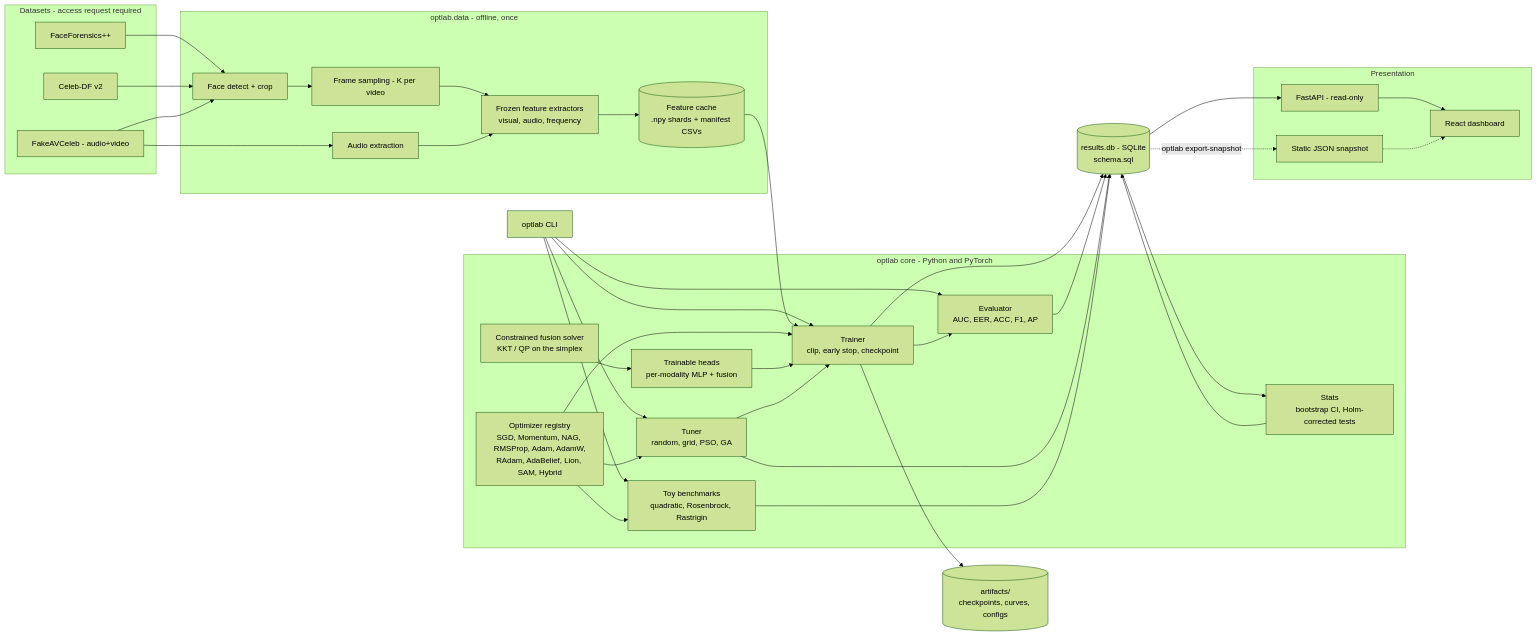
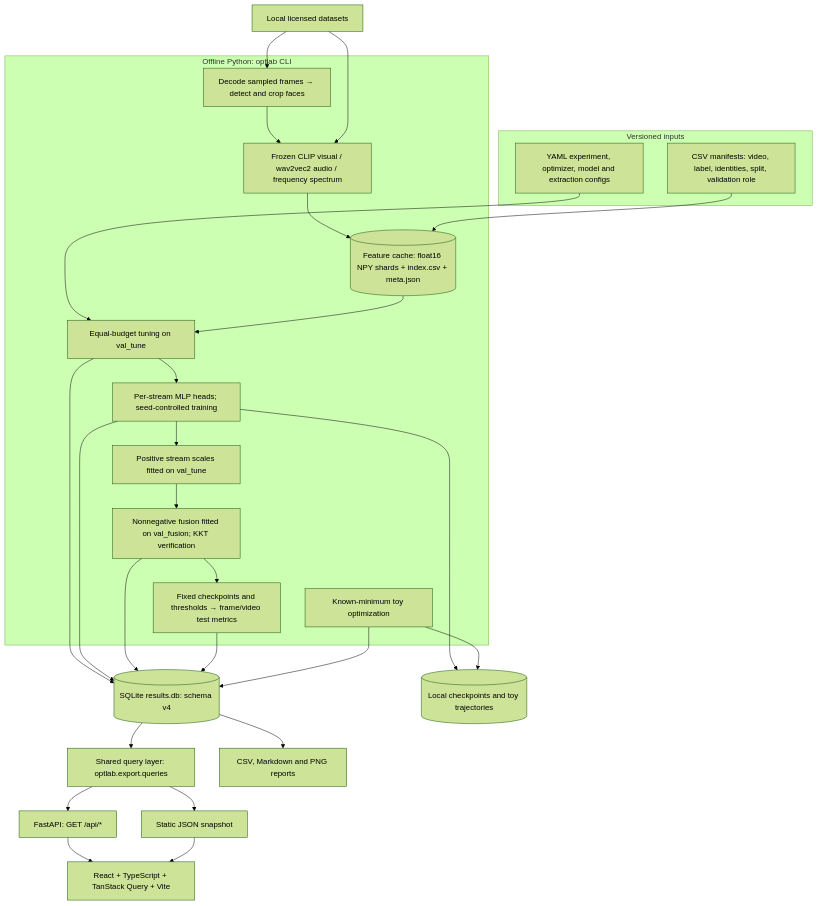
Before and after one commit to Aahan0605/cmai-project-: the first of 3 diagrams in docs/ARCHITECTURE.md, drawn with Mermaid (forest theme). The commit also changed other lines of this file and 790 other files, not shown here.

Commit message:
Improve backend reliability, complete dashboard, and document architecture

````diff
--- a/docs/ARCHITECTURE.md
+++ b/docs/ARCHITECTURE.md
@@ -9,71 +13,42 @@
 ```mermaid
-flowchart LR
-    subgraph DATA["Datasets - access request required"]
-        FF["FaceForensics++"]
-        CD["Celeb-DF v2"]
-        FA["FakeAVCeleb - audio+video"]
+flowchart TB
+    subgraph Inputs["Versioned inputs"]
+        CFG["YAML experiment, optimizer, model and extraction configs"]
+        MAN["CSV manifests: video, label, identities, split, validation role"]
     end
-
-    subgraph PREP["optlab.data - offline, once"]
-        FACE["Face detect + crop"]
-        FRAMES["Frame sampling - K per video"]
-        AUD["Audio extraction"]
-        FEAT["Frozen feature extractors<br/>visual, audio, frequency"]
-        CACHE[("Feature cache<br/>.npy shards + manifest CSVs")]
+    DATA["Local licensed datasets"]
+    subgraph Offline["Offline Python: optlab CLI"]
+        PREP["Decode sampled frames → detect and crop faces"]
+        EXT["Frozen CLIP visual / wav2vec2 audio / frequency spectrum"]
+        CACHE[("Feature cache: float16 NPY shards + index.csv + meta.json")]
+        TUNE["Equal-budget tuning on val_tune"]
+        TRAIN["Per-stream MLP heads; seed-controlled training"]
+        CAL["Positive stream scales fitted on val_tune"]
+        FUSE["Nonnegative fusion fitted on val_fusion; KKT verification"]
+        EVAL["Fixed checkpoints and thresholds → frame/video test metrics"]
+        TOY["Known-minimum toy optimization"]
     end
-
-    subgraph CORE["optlab core - Python and PyTorch"]
-        REG["Optimizer registry<br/>SGD, Momentum, NAG, RMSProp, Adam, AdamW,<br/>RAdam, AdaBelief, Lion, SAM, Hybrid"]
-        HEAD["Trainable heads<br/>per-modality MLP + fusion"]
-        FUSE["Constrained fusion solver<br/>KKT / QP on the simplex"]
-        TUNE["Tuner<br/>random, grid, PSO, GA"]
-        TRAIN["Trainer<br/>clip, early stop, checkpoint"]
-        EVAL["Evaluator<br/>AUC, EER, ACC, F1, AP"]
-        STATS["Stats<br/>bootstrap CI, Holm-corrected tests"]
-        TOY["Toy benchmarks<br/>quadratic, Rosenbrock, Rastrigin"]
-    end
-
-    DB[("results.db - SQLite<br/>schema.sql")]
-    ART[("artifacts/<br/>checkpoints, curves, configs")]
-
-    subgraph SERVE["Presentation"]
-        API["FastAPI - read-only"]
-        SNAP["Static JSON snapshot"]
-        WEB["React dashboard"]
-    end
-
-    CLI["optlab CLI"]
-
-    FF --> FACE
-    CD --> FACE
-    FA --> FACE
-    FA --> AUD
-    FACE --> FRAMES --> FEAT
-    AUD --> FEAT
-    FEAT --> CACHE
-
-    CLI --> TUNE
-    CLI --> TRAIN
-    CLI --> EVAL
-    CLI --> TOY
-    CACHE --> TRAIN
-    REG --> TRAIN
-    REG --> TOY
-    REG --> TUNE
-    HEAD --> TRAIN
-    FUSE --> HEAD
-    TUNE --> TRAIN
-    TRAIN --> EVAL
+    DB[("SQLite results.db: schema v4")]
+    ART[("Local checkpoints and toy trajectories")]
+    Q["Shared query layer: optlab.export.queries"]
+    API["FastAPI: GET /api/*"]
+    SNAP["Static JSON snapshot"]
+    WEB["React + TypeScript + TanStack Query + Vite"]
+    REPORT["CSV, Markdown and PNG reports"]
+    DATA --> PREP --> EXT --> CACHE
+    DATA --> EXT
+    CFG --> TUNE
+    MAN --> CACHE
+    CACHE --> TUNE --> TRAIN --> CAL --> FUSE --> EVAL
+    TRAIN --> ART
+    TOY --> ART
+    TUNE --> DB
     TRAIN --> DB
+    FUSE --> DB
     EVAL --> DB
-    TUNE --> DB
     TOY --> DB
-    TRAIN --> ART
-    DB --> STATS
-    STATS --> DB
-
-    DB --> API
-    API --> WEB
-    DB -. "optlab export-snapshot" .-> SNAP
-    SNAP -.-> WEB
+    DB --> Q
+    Q --> API --> WEB
+    Q --> SNAP --> WEB
+    DB --> REPORT
 ```
````
